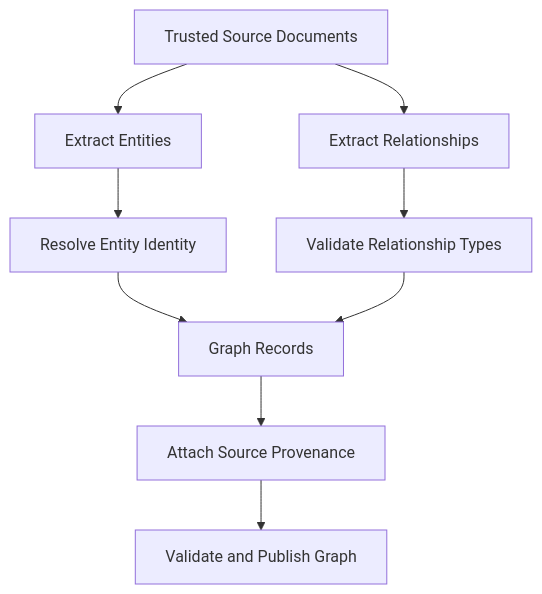
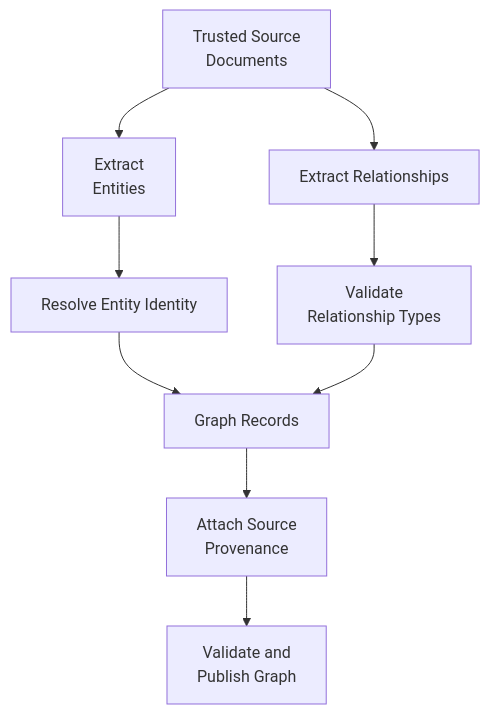
Before and after one commit to MihirKJha/enterprise-ai-blog: the third of 8 diagrams in docs/architecture-insights/genai-and-rag/4.1_architecting_graph_rag_relationship_aware_enterprise_knowledge.md, drawn with Mermaid. The commit also changed other lines of this file, not shown here.

````diff
--- a/docs/architecture-insights/genai-and-rag/4.1_architecting_graph_rag_relationship_aware_enterprise_knowledge.md
+++ b/docs/architecture-insights/genai-and-rag/4.1_architecting_graph_rag_relationship_aware_enterprise_knowledge.md
@@ -104,11 +104,11 @@
 ```mermaid
 graph TD
-    A[Trusted Source Documents] --> B[Extract Entities]
+    A[Trusted Source<br/>Documents] --> B[Extract<br/>Entities]
     A --> C[Extract Relationships]
     B --> D[Resolve Entity Identity]
-    C --> E[Validate Relationship Types]
+    C --> E[Validate<br/>Relationship Types]
     D --> F[Graph Records]
     E --> F
-    F --> G[Attach Source Provenance]
-    G --> H[Validate and Publish Graph]
+    F --> G[Attach Source<br/>Provenance]
+    G --> H[Validate and<br/>Publish Graph]
 ```
````
